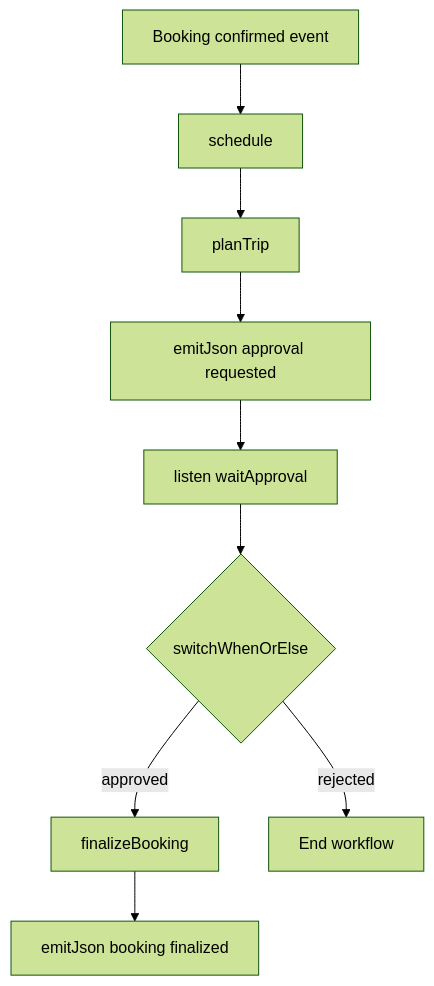
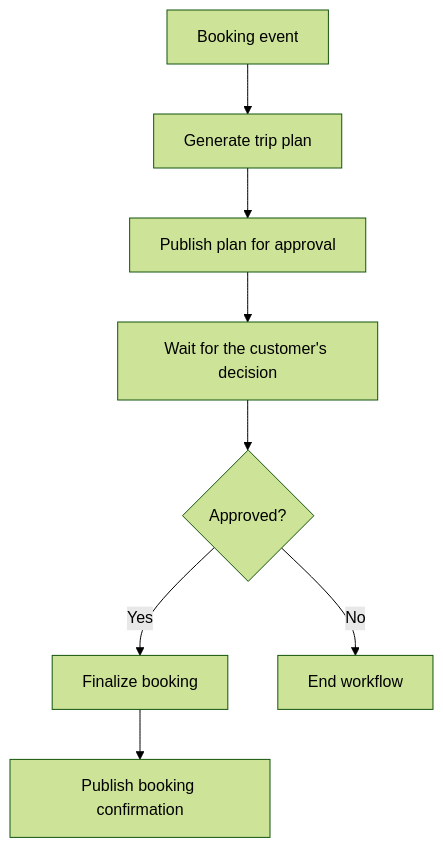
Before and after one commit to quarkusio/quarkus-workshop-langchain4j: the diagram in docs/docs/section-3/step-03.md, drawn with Mermaid (forest theme). The commit also changed other lines of this file and 9 other files, not shown here.

Commit message:
Improve doc style and flow of section 3

````diff
--- a/docs/docs/section-3/step-03.md
+++ b/docs/docs/section-3/step-03.md
@@ -21,11 +17,10 @@
 ```mermaid
 flowchart TD
-    bookingEvent[Booking confirmed event] --> scheduleTask[schedule]
-    scheduleTask --> planTripTask[planTrip]
-    planTripTask --> emitApproval[emitJson approval requested]
-    emitApproval --> waitApproval[listen waitApproval]
-    waitApproval --> decision{switchWhenOrElse}
-    decision -->|approved| finalizeBooking[finalizeBooking]
-    finalizeBooking --> emitConfirmed[emitJson booking finalized]
-    decision -->|rejected| stopWorkflow[End workflow]
+    bookingEvent[Booking event] --> planTripTask[Generate trip plan]
+    planTripTask --> emitApproval[Publish plan for approval]
+    emitApproval --> waitApproval[Wait for the customer's decision]
+    waitApproval --> decision{Approved?}
+    decision -->|Yes| finalizeBooking[Finalize booking]
+    finalizeBooking --> emitConfirmed[Publish booking confirmation]
+    decision -->|No| stopWorkflow[End workflow]
 ```
````
